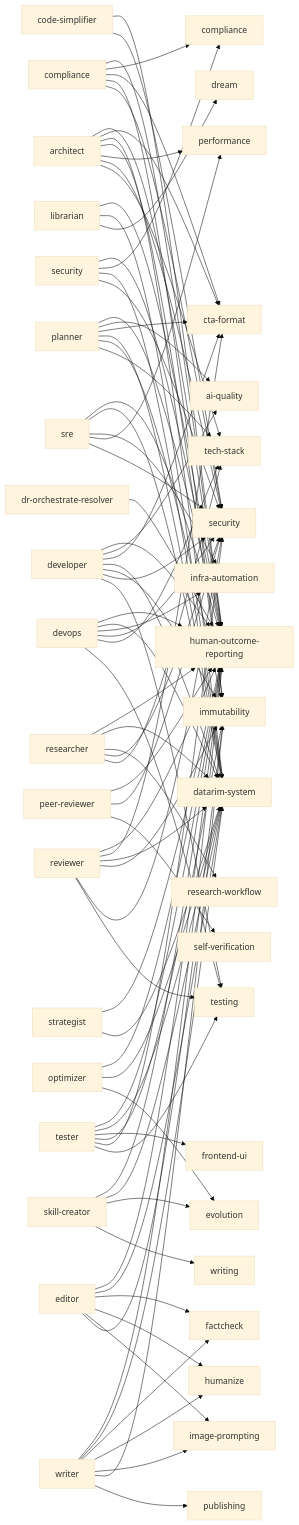
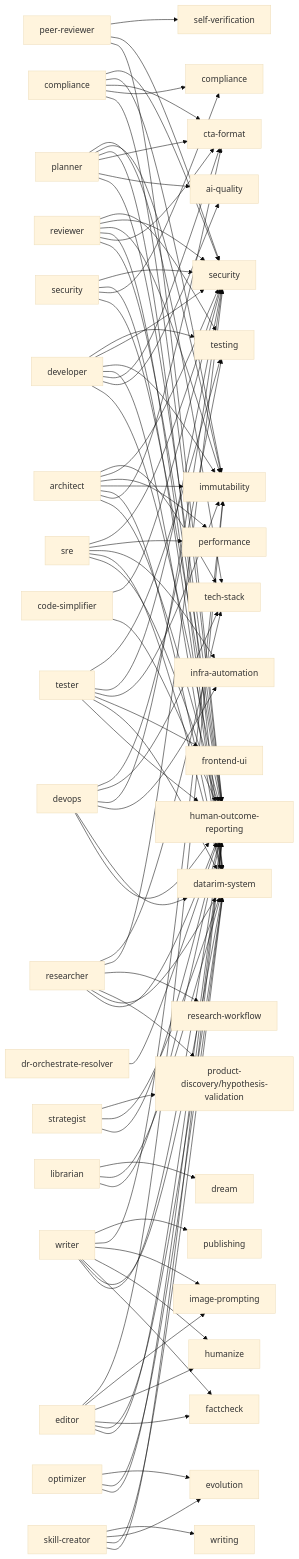
Before and after one commit to Arcanada-one/datarim: the second of 2 diagrams in skills/visual-maps/framework-architecture.md, drawn with Mermaid (base theme). The commit also changed other lines of this file and 21 other files, not shown here.

First line of the commit message:
Add hypothesis validation method and fixtures (#506)

```diff
--- a/skills/visual-maps/framework-architecture.md
+++ b/skills/visual-maps/framework-architecture.md
@@ -87,6 +87,7 @@
     A_planner["planner"] --> S_tech_stack["tech-stack"]
     A_researcher["researcher"] --> S_human_outcome_reporting["human-outcome-reporting"]
     A_researcher["researcher"] --> S_datarim_system["datarim-system"]
+    A_researcher["researcher"] --> S_product_discovery_hypothesis_validation["product-discovery/hypothesis-validation"]
     A_researcher["researcher"] --> S_research_workflow["research-workflow"]
     A_researcher["researcher"] --> S_security["security"]
     A_researcher["researcher"] --> S_tech_stack["tech-stack"]
@@ -111,6 +112,7 @@
     A_sre["sre"] --> S_security["security"]
     A_strategist["strategist"] --> S_human_outcome_reporting["human-outcome-reporting"]
     A_strategist["strategist"] --> S_datarim_system["datarim-system"]
+    A_strategist["strategist"] --> S_product_discovery_hypothesis_validation["product-discovery/hypothesis-validation"]
     A_tester["tester"] --> S_human_outcome_reporting["human-outcome-reporting"]
     A_tester["tester"] --> S_datarim_system["datarim-system"]
     A_tester["tester"] --> S_frontend_ui["frontend-ui"]
```
